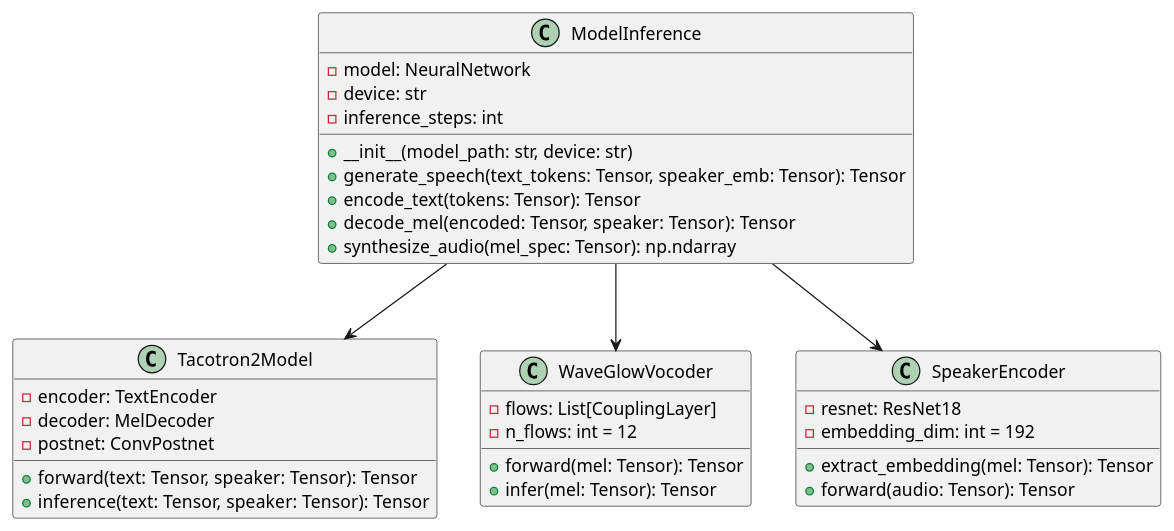
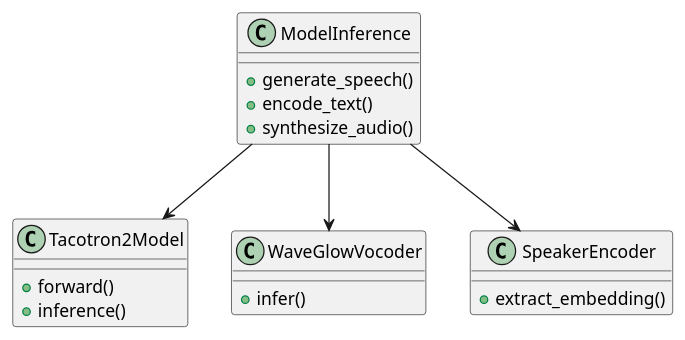
Before and after one commit to hvardhan1024/testrepo: the ninth of 11 diagrams in README.md, drawn with PlantUML. The commit also changed other lines of this file, not shown here.

First line of the commit message:
Revise architecture diagrams and descriptions in README

````diff
--- a/README.md
+++ b/README.md
@@ -624,44 +376,26 @@
 ```plantuml
 @startuml
 class ModelInference {
-  - model: NeuralNetwork
-  - device: str
-  - inference_steps: int
-  
-  + __init__(model_path: str, device: str)
-  + generate_speech(text_tokens: Tensor, speaker_emb: Tensor): Tensor
-  + encode_text(tokens: Tensor): Tensor
-  + decode_mel(encoded: Tensor, speaker: Tensor): Tensor
-  + synthesize_audio(mel_spec: Tensor): np.ndarray
+  + generate_speech()
+  + encode_text()
+  + synthesize_audio()
 }
 
 class Tacotron2Model {
-  - encoder: TextEncoder
-  - decoder: MelDecoder
-  - postnet: ConvPostnet
-  
-  + forward(text: Tensor, speaker: Tensor): Tensor
-  + inference(text: Tensor, speaker: Tensor): Tensor
+  + forward()
+  + inference()
 }
 
 class WaveGlowVocoder {
-  - flows: List[CouplingLayer]
-  - n_flows: int = 12
-  
-  + forward(mel: Tensor): Tensor
-  + infer(mel: Tensor): Tensor
+  + infer()
 }
 
 class SpeakerEncoder {
-  - resnet: ResNet18
-  - embedding_dim: int = 192
-  
-  + extract_embedding(mel: Tensor): Tensor
-  + forward(audio: Tensor): Tensor
+  + extract_embedding()
 }
 
 ModelInference --> Tacotron2Model
 ModelInference --> WaveGlowVocoder
 ModelInference --> SpeakerEncoder
 @enduml
 ```
````
